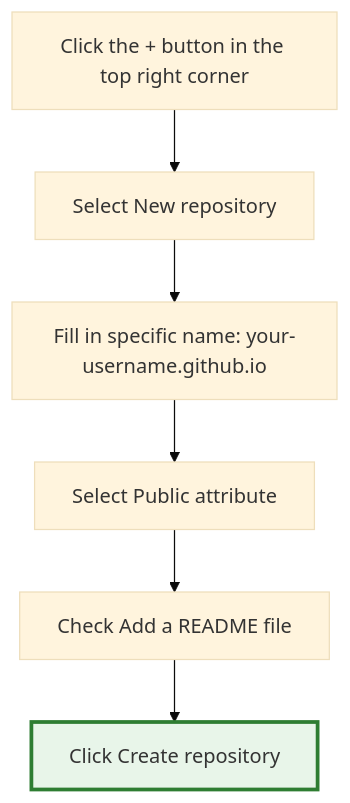
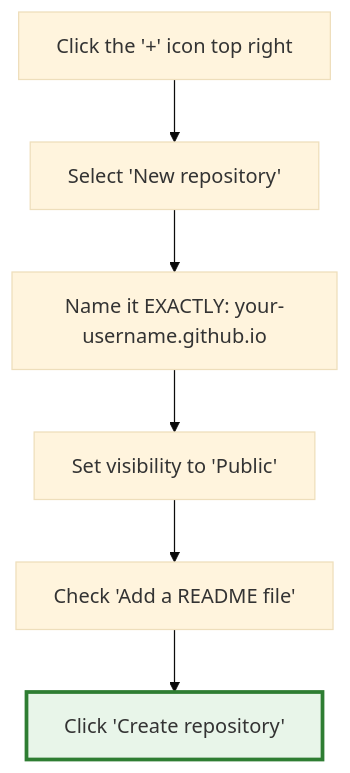
One commit to ruanqizhen/cocode changed the second of 2 diagrams in i18n/en/docusaurus-plugin-content-docs/current/github_pages.md. Above: the diagram before and after it, drawn with Mermaid (base theme). The commit also changed other lines of this file and 41 other files, not shown here.

````diff
--- a/i18n/en/docusaurus-plugin-content-docs/current/github_pages.md
+++ b/i18n/en/docusaurus-plugin-content-docs/current/github_pages.md
@@ -146,11 +137,10 @@
 ```mermaid
 flowchart TD
-    A[Click the + button in the top right corner] --> B[Select New repository]
-    B --> C[Fill in specific name: your-username.github.io]
-    C --> D[Select Public attribute]
-    D --> E[Check Add a README file]
-    E --> F[Click Create repository]
+    A[Click the '+' icon top right] --> B[Select 'New repository']
+    B --> C[Name it EXACTLY: your-username.github.io]
+    C --> D[Set visibility to 'Public']
+    D --> E[Check 'Add a README file']
+    E --> F[Click 'Create repository']
     
     style F fill:#e8f5e9,stroke:#2e7d32,stroke-width:3px
-
 ```
````
